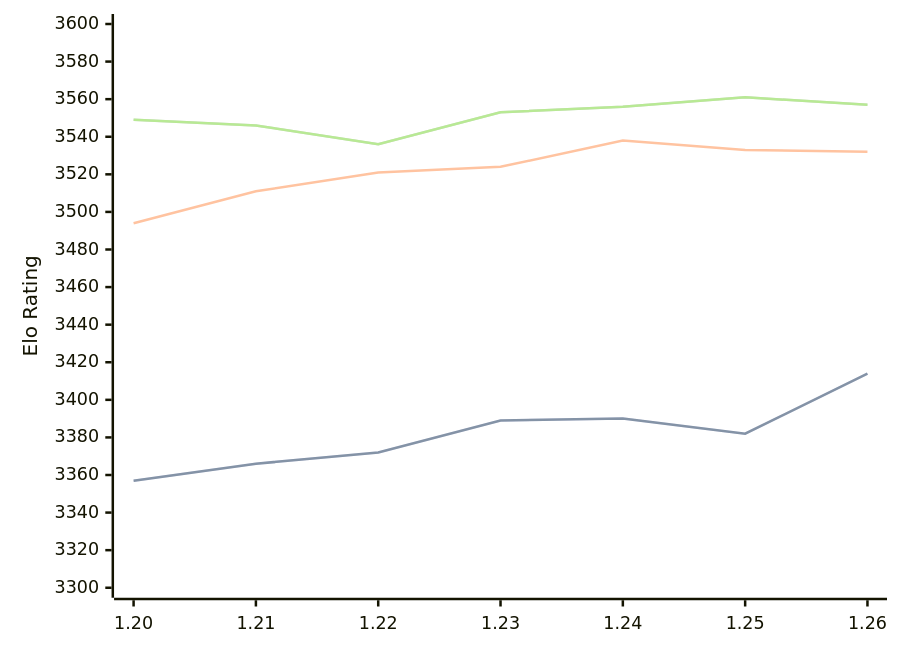
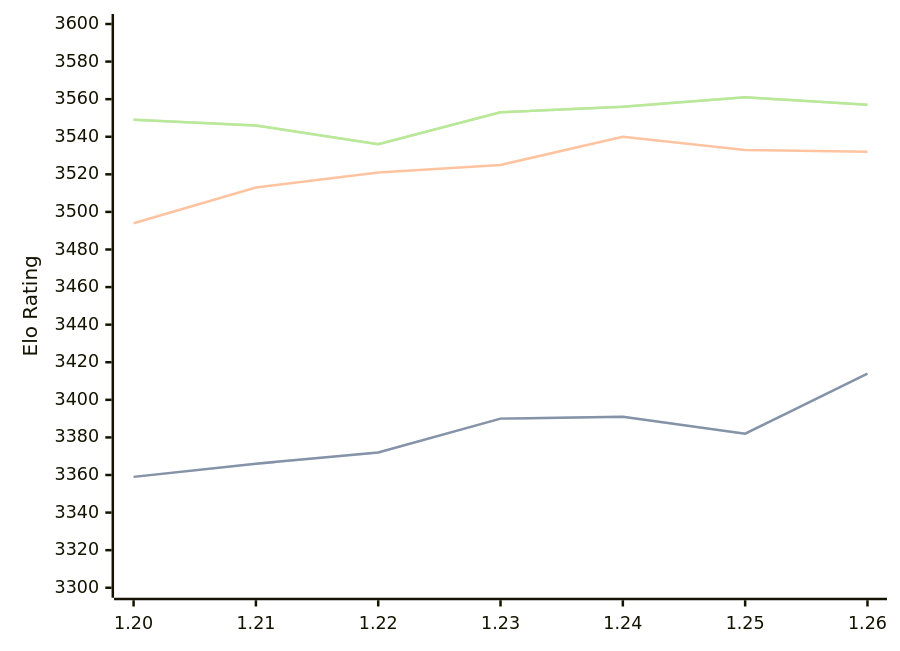
One commit to computer-chess-index/cci changed the diagram in engines/Caissa.md. Above: the diagram before and after it, drawn with Mermaid. The commit also changed other lines of this file, not shown here.

````diff
--- a/engines/Caissa.md
+++ b/engines/Caissa.md
@@ -37,11 +37,11 @@
 ```mermaid
 %%{init: {"theme":"base","themeVariables":{"seriesColors:['#a3a3a3','#222221','#faa371']}}}%%
 xychart-beta
   x-axis ["1.20", "1.21", "1.22", "1.23", "1.24", "1.25", "1.26"]
   y-axis "Elo Rating" 3300 --> 3600
-  line "" [3357, 3366, 3372, 3389, 3390, 3382, 3414]
-  line "STC (8.0+0.08s)" [3357, 3366, 3372, 3389, 3390, 3382, 3414]
-  line "LTC (60.0+0.60s)" [3494, 3511, 3521, 3524, 3538, 3533, 3532]
+  line "" [3359, 3366, 3372, 3390, 3391, 3382, 3414]
+  line "STC (8.0+0.08s)" [3359, 3366, 3372, 3390, 3391, 3382, 3414]
+  line "LTC (60.0+0.60s)" [3494, 3513, 3521, 3525, 3540, 3533, 3532]
   line "" [3549, 3546, 3536, 3553, 3556, 3561, 3557]
   line "VLTC (2m24s+1.12s)" [3549, 3546, 3536, 3553, 3556, 3561, 3557]
 ```
````
